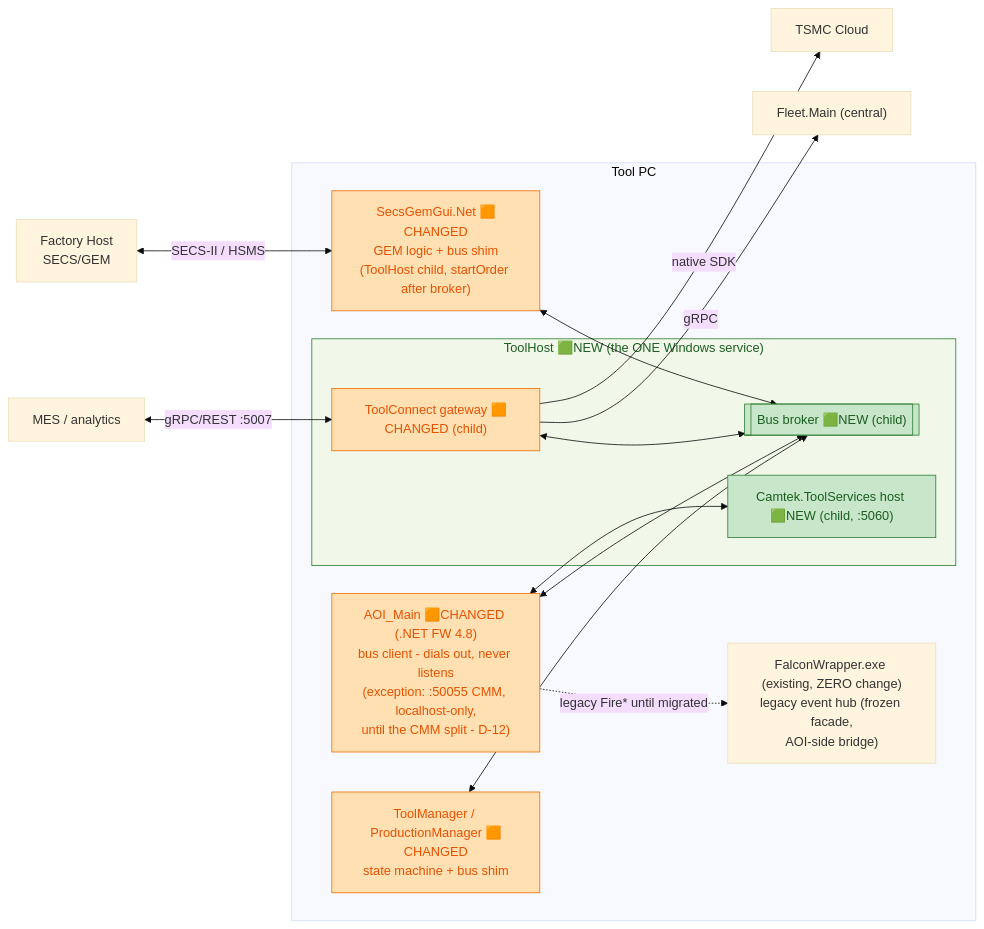
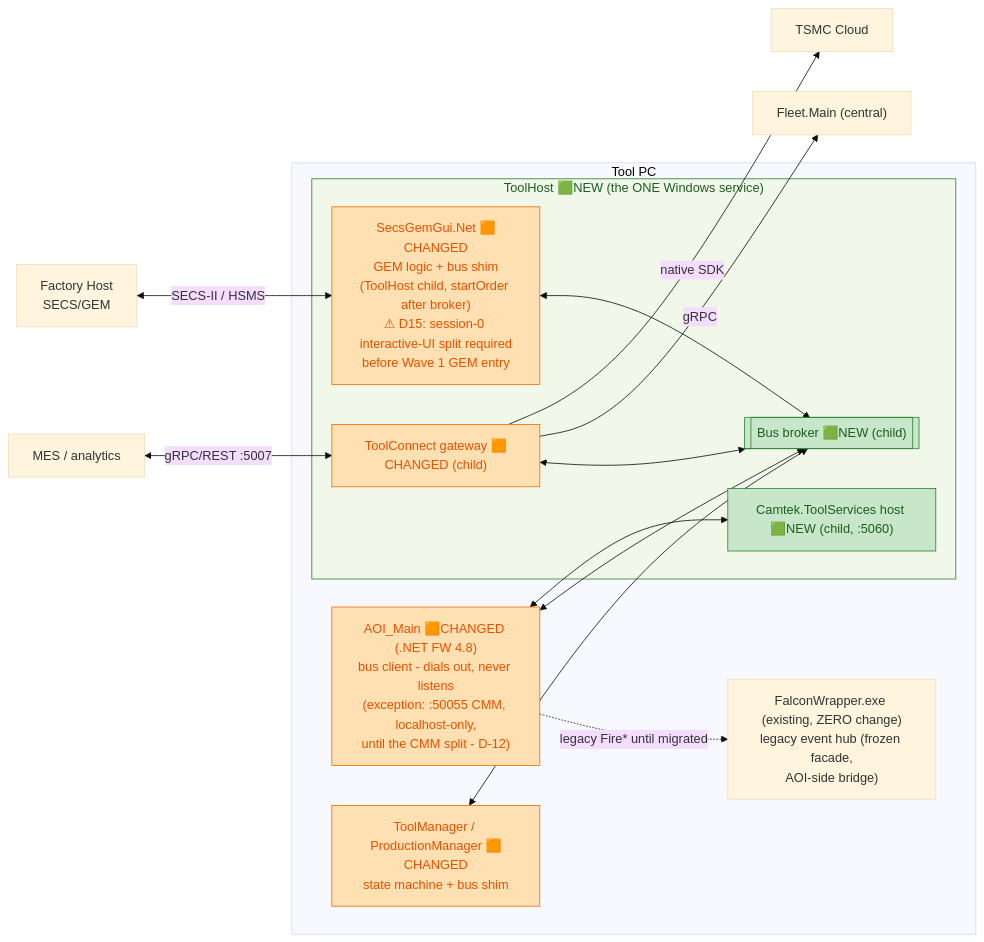
The second of 15 diagrams in stage/01-system-architecture.md (amitA-camtek/bus_gateway), drawn with Mermaid (base theme) before and after one commit. The commit also changed other lines of this file and 19 other files, not shown here.

````diff
--- a/stage/01-system-architecture.md
+++ b/stage/01-system-architecture.md
@@ -51,36 +51,36 @@
 ```mermaid
 flowchart LR
     HOST["Factory Host\nSECS/GEM"]
     FLEET["Fleet.Main (central)"]
     TSMC["TSMC Cloud"]
     MES["MES / analytics"]
 
     subgraph TOOL["Tool PC"]
         subgraph TH["ToolHost 🟩NEW (the ONE Windows service)"]
             BUS[["Bus broker 🟩NEW (child)"]]
             GW["ToolConnect gateway 🟧CHANGED (child)"]
             TS["Camtek.ToolServices host 🟩NEW (child, :5060)"]
+            SGP["SecsGemGui.Net 🟧CHANGED\nGEM logic + bus shim\n(ToolHost child, startOrder after broker)\n⚠ D15: session-0 interactive-UI split required\nbefore Wave 1 GEM entry"]
         end
-        SGP["SecsGemGui.Net 🟧CHANGED\nGEM logic + bus shim\n(ToolHost child, startOrder after broker)"]
         AOI["AOI_Main 🟧CHANGED (.NET FW 4.8)\nbus client - dials out, never listens\n(exception: :50055 CMM, localhost-only,\nuntil the CMM split - D-12)"]
         FW["FalconWrapper.exe (existing, ZERO change)\nlegacy event hub (frozen facade,\nAOI-side bridge)"]
         TM["ToolManager / ProductionManager 🟧CHANGED\nstate machine + bus shim"]
     end
 
     HOST <-->|"SECS-II / HSMS"| SGP
     SGP <--> BUS
     AOI <--> BUS
     AOI <--> TS
     TM <--> BUS
     GW <--> BUS
     AOI -.->|"legacy Fire* until migrated"| FW
     GW -->|gRPC| FLEET
     GW -->|"native SDK"| TSMC
     MES <-->|"gRPC/REST :5007"| GW
 
     classDef new fill:#C8E6C9,stroke:#2E7D32,color:#1B5E20;
     classDef changed fill:#FFE0B2,stroke:#EF6C00,color:#E65100;
     class BUS,TS new;
     class GW,SGP,AOI,TM changed;
     style TH fill:#F1F8E9,stroke:#2E7D32,color:#1B5E20;
 ```
````
